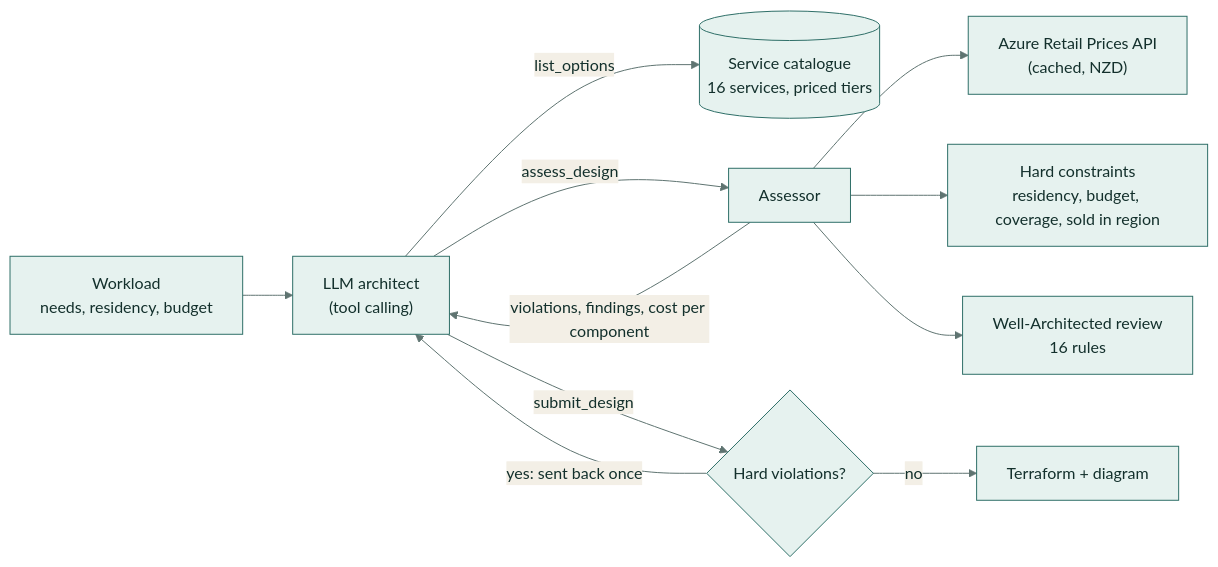
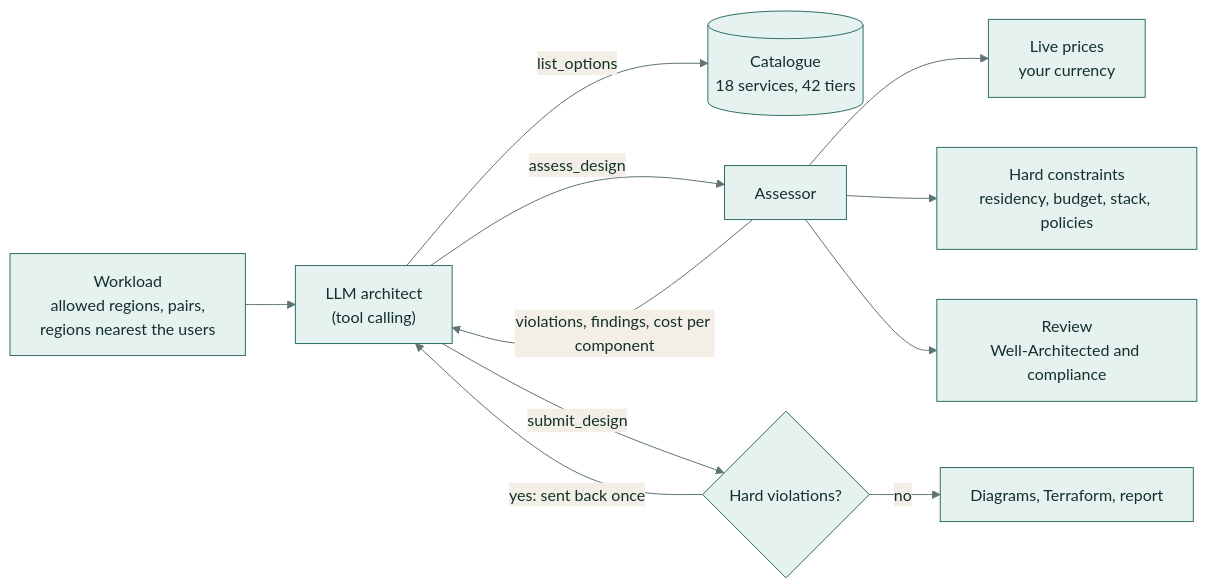
One commit to samiulhuda360/cloud-architect-agent changed the third of 3 diagrams in README.md. Above: the diagram before and after it, drawn with Mermaid. The commit also changed other lines of this file and 16 other files, not shown here.

Commit message:
README and architecture reference, with screenshots and a demo GIF

````diff
--- a/README.md
+++ b/README.md
@@ -227,14 +215,14 @@
 ```mermaid
 %%{init: {"theme": "base", "themeVariables": {"primaryColor": "#e6f2ef", "primaryBorderColor": "#2f6f68", "primaryTextColor": "#13302c", "lineColor": "#5f7471", "secondaryColor": "#f3efe6", "tertiaryColor": "#f7f8f6"}}}%%
 flowchart LR
-  W["Workload<br/>needs, residency, budget"] --> L["LLM architect<br/>(tool calling)"]
-  L -- list_options --> C[("Service catalogue<br/>16 services, priced tiers")]
+  W["Workload<br/>allowed regions, pairs,<br/>regions nearest the users"] --> L["LLM architect<br/>(tool calling)"]
+  L -- list_options --> C[("Catalogue<br/>18 services, 42 tiers")]
   L -- assess_design --> A["Assessor"]
-  A --> P["Azure Retail Prices API<br/>(cached, NZD)"]
-  A --> K["Hard constraints<br/>residency, budget, coverage, sold in region"]
-  A --> R["Well-Architected review<br/>16 rules"]
+  A --> P["Live prices<br/>your currency"]
+  A --> K["Hard constraints<br/>residency, budget, stack, policies"]
+  A --> R["Review<br/>Well-Architected and compliance"]
   A -- "violations, findings, cost per component" --> L
   L -- submit_design --> G{"Hard violations?"}
   G -- "yes: sent back once" --> L
-  G -- no --> T["Terraform + diagram"]
+  G -- no --> T["Diagrams, Terraform, report"]
 ```
````
